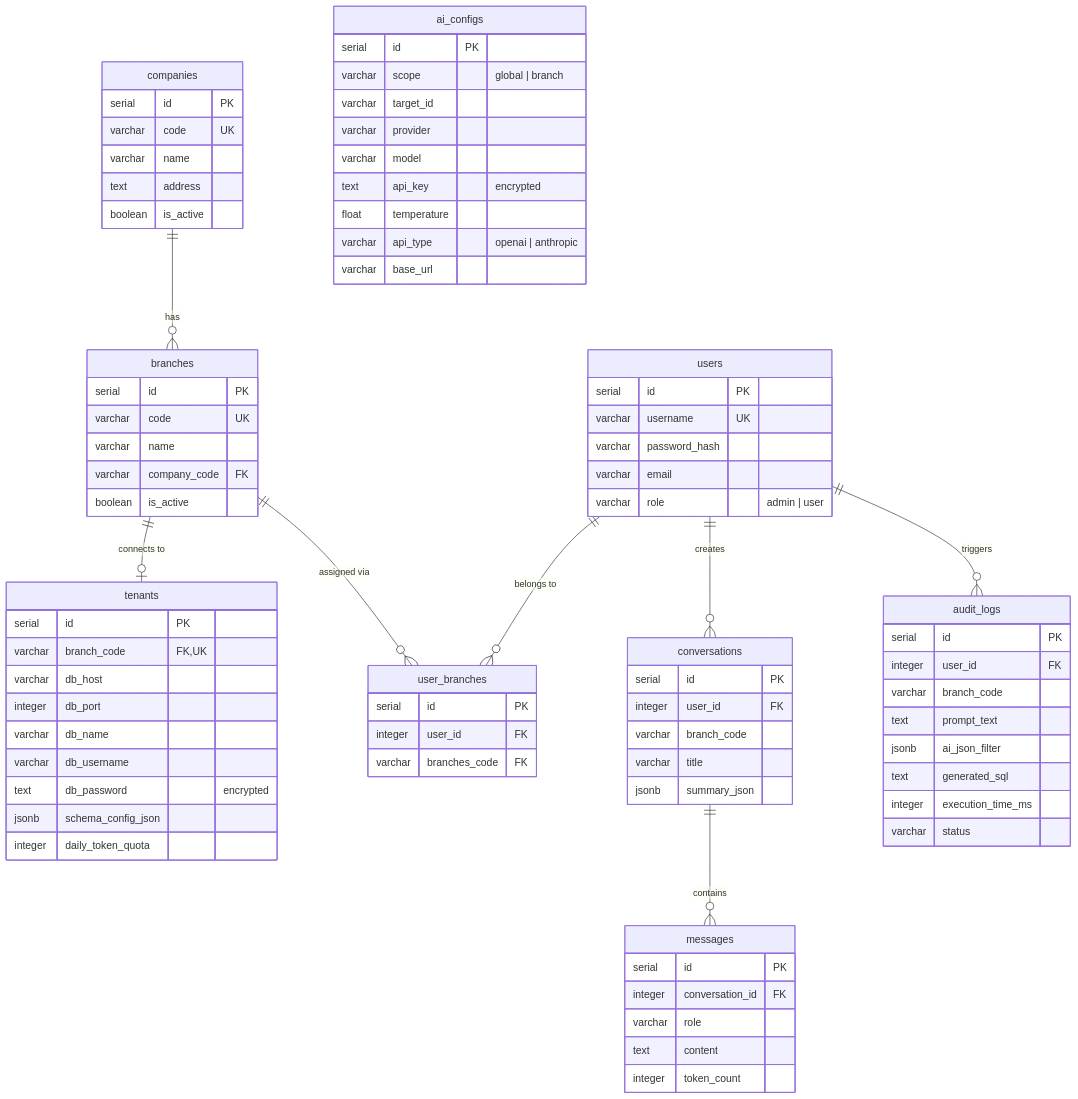
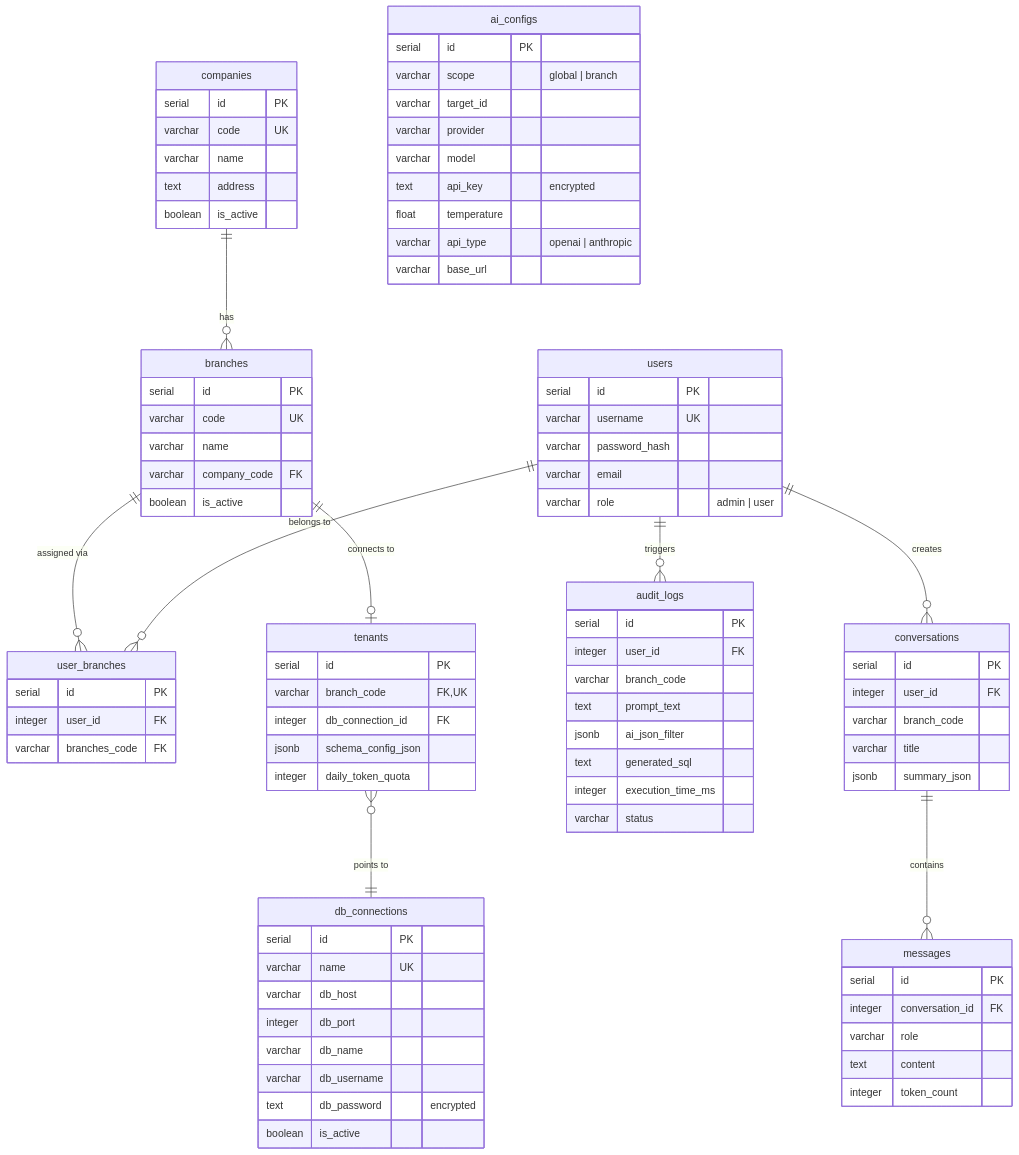
The diagram in Readme.md (kamachiii/AI-Reporting), drawn with Mermaid before and after one commit. The commit also changed other lines of this file and 5 other files, not shown here.

````diff
--- a/Readme.md
+++ b/Readme.md
@@ -287,12 +292,13 @@
 ```mermaid
 erDiagram
     companies ||--o{ branches : "has"
-    branches ||--o| tenants : "connects to"
     branches ||--o{ user_branches : "assigned via"
     users ||--o{ user_branches : "belongs to"
     users ||--o{ conversations : "creates"
     users ||--o{ audit_logs : "triggers"
     conversations ||--o{ messages : "contains"
+    branches ||--o| tenants : "connects to"
+    tenants }o--|| db_connections : "points to"
 
     companies {
         serial id PK
@@ -327,13 +333,20 @@
     tenants {
         serial id PK
         varchar branch_code FK, UK
+        integer db_connection_id FK
+        jsonb schema_config_json
+        integer daily_token_quota
+    }
+
+    db_connections {
+        serial id PK
+        varchar name UK
         varchar db_host
         integer db_port
         varchar db_name
         varchar db_username
         text db_password "encrypted"
-        jsonb schema_config_json
-        integer daily_token_quota
+        boolean is_active
     }
 
     ai_configs {
````
